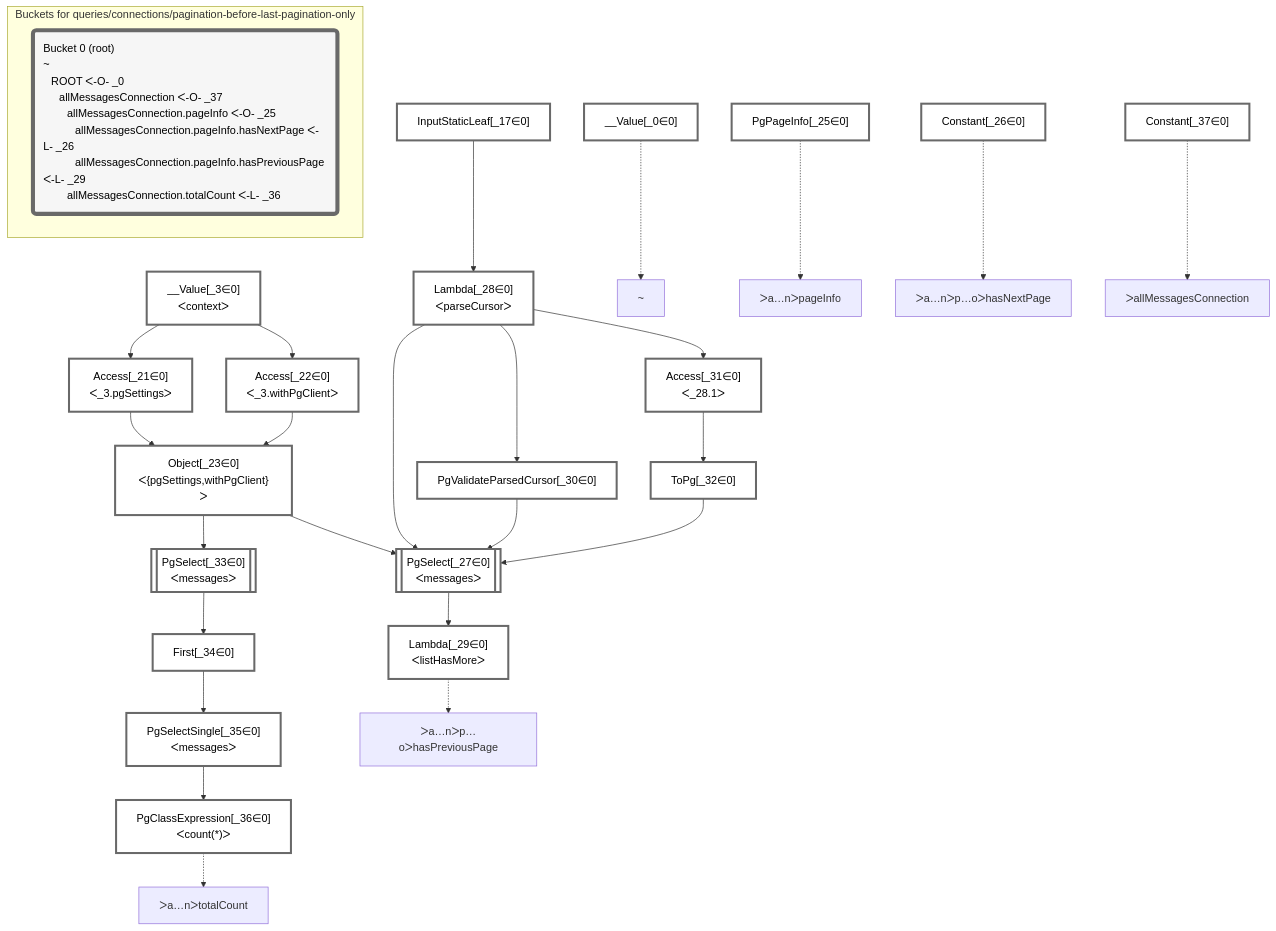
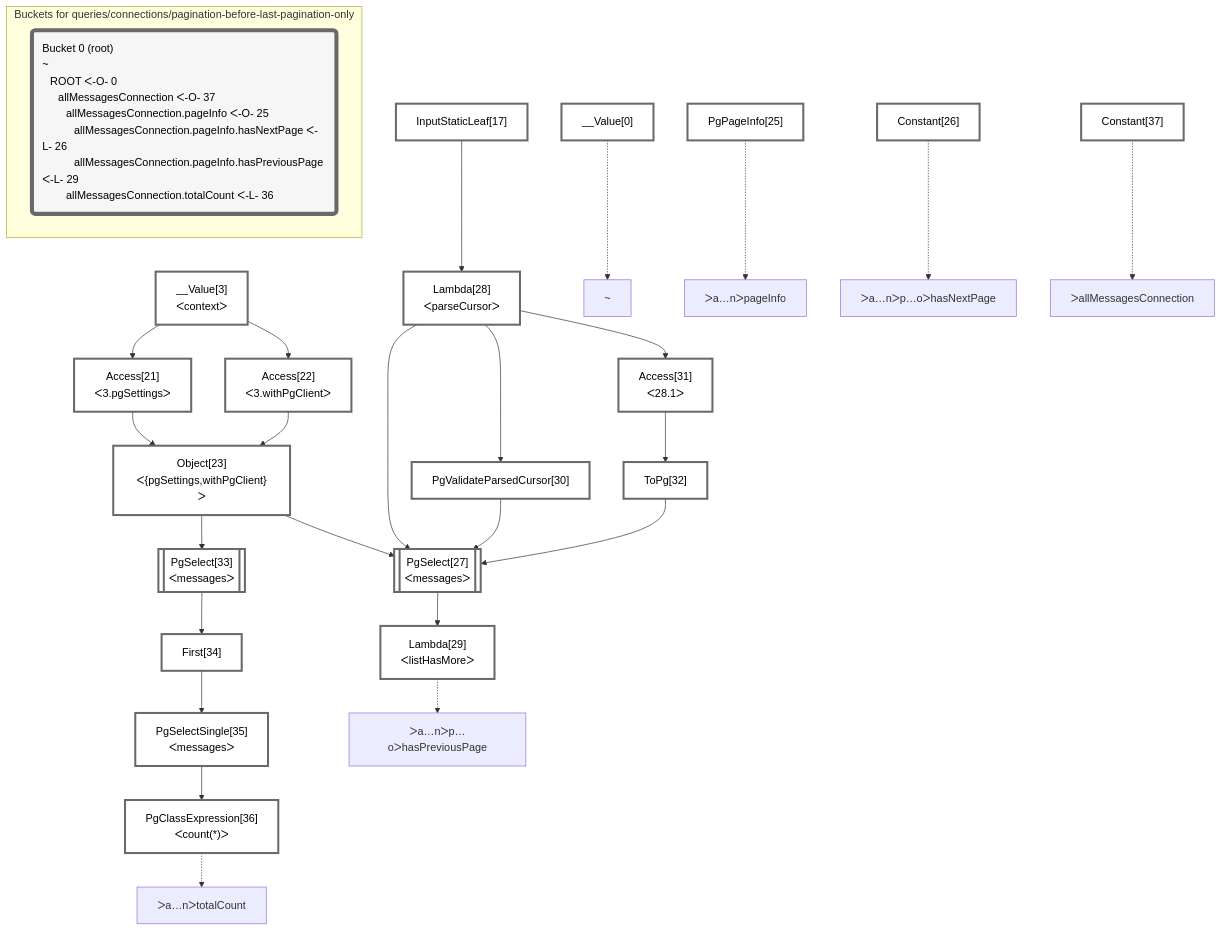
Before and after one commit to graphile/crystal: the diagram in packages/dataplan-pg/__tests__/queries/connections/pagination-before-last-pagination-only.mermaid.md, drawn with Mermaid. The commit also changed 195 other files, not shown here.

````diff
--- a/packages/dataplan-pg/__tests__/queries/connections/pagination-before-last-pagination-only.mermaid.md
+++ b/packages/dataplan-pg/__tests__/queries/connections/pagination-before-last-pagination-only.mermaid.md
@@ -1,65 +1,65 @@
 ```mermaid
 graph TD
     classDef path fill:#eee,stroke:#000,color:#000
     classDef plan fill:#fff,stroke-width:3px,color:#000
     classDef itemplan fill:#fff,stroke-width:6px,color:#000
     classDef sideeffectplan fill:#f00,stroke-width:6px,color:#000
     classDef bucket fill:#f6f6f6,color:#000,stroke-width:6px,text-align:left
 
 
     %% define plans
-    __Value_0["__Value[_0∈0]"]:::plan
-    Lambda_29["Lambda[_29∈0]<br />ᐸlistHasMoreᐳ"]:::plan
-    PgSelect_27[["PgSelect[_27∈0]<br />ᐸmessagesᐳ"]]:::plan
-    PgClassExpression_36["PgClassExpression[_36∈0]<br />ᐸcount(*)ᐳ"]:::plan
-    PgSelectSingle_35["PgSelectSingle[_35∈0]<br />ᐸmessagesᐳ"]:::plan
-    First_34["First[_34∈0]"]:::plan
-    PgSelect_33[["PgSelect[_33∈0]<br />ᐸmessagesᐳ"]]:::plan
-    Object_23["Object[_23∈0]<br />ᐸ{pgSettings,withPgClient}ᐳ"]:::plan
-    Access_21["Access[_21∈0]<br />ᐸ_3.pgSettingsᐳ"]:::plan
-    Access_22["Access[_22∈0]<br />ᐸ_3.withPgClientᐳ"]:::plan
-    __Value_3["__Value[_3∈0]<br />ᐸcontextᐳ"]:::plan
-    PgValidateParsedCursor_30["PgValidateParsedCursor[_30∈0]"]:::plan
-    ToPg_32["ToPg[_32∈0]"]:::plan
-    Access_31["Access[_31∈0]<br />ᐸ_28.1ᐳ"]:::plan
-    Lambda_28["Lambda[_28∈0]<br />ᐸparseCursorᐳ"]:::plan
-    InputStaticLeaf_17["InputStaticLeaf[_17∈0]"]:::plan
-    Constant_37["Constant[_37∈0]"]:::plan
-    PgPageInfo_25["PgPageInfo[_25∈0]"]:::plan
-    Constant_26["Constant[_26∈0]"]:::plan
+    __Value0["__Value[0]"]:::plan
+    Lambda29["Lambda[29]<br />ᐸlistHasMoreᐳ"]:::plan
+    PgSelect27[["PgSelect[27]<br />ᐸmessagesᐳ"]]:::plan
+    PgClassExpression36["PgClassExpression[36]<br />ᐸcount(*)ᐳ"]:::plan
+    PgSelectSingle35["PgSelectSingle[35]<br />ᐸmessagesᐳ"]:::plan
+    First34["First[34]"]:::plan
+    PgSelect33[["PgSelect[33]<br />ᐸmessagesᐳ"]]:::plan
+    Object23["Object[23]<br />ᐸ{pgSettings,withPgClient}ᐳ"]:::plan
+    Access21["Access[21]<br />ᐸ3.pgSettingsᐳ"]:::plan
+    Access22["Access[22]<br />ᐸ3.withPgClientᐳ"]:::plan
+    __Value3["__Value[3]<br />ᐸcontextᐳ"]:::plan
+    PgValidateParsedCursor30["PgValidateParsedCursor[30]"]:::plan
+    ToPg32["ToPg[32]"]:::plan
+    Access31["Access[31]<br />ᐸ28.1ᐳ"]:::plan
+    Lambda28["Lambda[28]<br />ᐸparseCursorᐳ"]:::plan
+    InputStaticLeaf17["InputStaticLeaf[17]"]:::plan
+    Constant37["Constant[37]"]:::plan
+    PgPageInfo25["PgPageInfo[25]"]:::plan
+    Constant26["Constant[26]"]:::plan
 
     %% plan dependencies
-    PgSelect_27 --> Lambda_29
-    Object_23 & Lambda_28 & PgValidateParsedCursor_30 & ToPg_32 --> PgSelect_27
-    PgSelectSingle_35 --> PgClassExpression_36
-    First_34 --> PgSelectSingle_35
-    PgSelect_33 --> First_34
-    Object_23 --> PgSelect_33
-    Access_21 & Access_22 --> Object_23
-    __Value_3 --> Access_21
-    __Value_3 --> Access_22
-    Lambda_28 --> PgValidateParsedCursor_30
-    Access_31 --> ToPg_32
-    Lambda_28 --> Access_31
-    InputStaticLeaf_17 --> Lambda_28
+    PgSelect27 --> Lambda29
+    Object23 & Lambda28 & PgValidateParsedCursor30 & ToPg32 --> PgSelect27
+    PgSelectSingle35 --> PgClassExpression36
+    First34 --> PgSelectSingle35
+    PgSelect33 --> First34
+    Object23 --> PgSelect33
+    Access21 & Access22 --> Object23
+    __Value3 --> Access21
+    __Value3 --> Access22
+    Lambda28 --> PgValidateParsedCursor30
+    Access31 --> ToPg32
+    Lambda28 --> Access31
+    InputStaticLeaf17 --> Lambda28
 
     %% plan-to-path relationships
-    P_0["~"]
-    __Value_0 -.-> P_0
-    P_25["ᐳa…nᐳpageInfo"]
-    PgPageInfo_25 -.-> P_25
-    P_26["ᐳa…nᐳp…oᐳhasNextPage"]
-    Constant_26 -.-> P_26
-    P_29["ᐳa…nᐳp…oᐳhasPreviousPage"]
-    Lambda_29 -.-> P_29
-    P_36["ᐳa…nᐳtotalCount"]
-    PgClassExpression_36 -.-> P_36
-    P_37["ᐳallMessagesConnection"]
-    Constant_37 -.-> P_37
+    P0["~"]
+    __Value0 -.-> P0
+    P25["ᐳa…nᐳpageInfo"]
+    PgPageInfo25 -.-> P25
+    P26["ᐳa…nᐳp…oᐳhasNextPage"]
+    Constant26 -.-> P26
+    P29["ᐳa…nᐳp…oᐳhasPreviousPage"]
+    Lambda29 -.-> P29
+    P36["ᐳa…nᐳtotalCount"]
+    PgClassExpression36 -.-> P36
+    P37["ᐳallMessagesConnection"]
+    Constant37 -.-> P37
 
     subgraph "Buckets for queries/connections/pagination-before-last-pagination-only"
-    Bucket0("Bucket 0 (root)<br />~<br />⠀ROOT ᐸ-O- _0<br />⠀⠀allMessagesConnection ᐸ-O- _37<br />⠀⠀⠀allMessagesConnection.pageInfo ᐸ-O- _25<br />⠀⠀⠀⠀allMessagesConnection.pageInfo.hasNextPage ᐸ-L- _26<br />⠀⠀⠀⠀allMessagesConnection.pageInfo.hasPreviousPage ᐸ-L- _29<br />⠀⠀⠀allMessagesConnection.totalCount ᐸ-L- _36"):::bucket
+    Bucket0("Bucket 0 (root)<br />~<br />⠀ROOT ᐸ-O- 0<br />⠀⠀allMessagesConnection ᐸ-O- 37<br />⠀⠀⠀allMessagesConnection.pageInfo ᐸ-O- 25<br />⠀⠀⠀⠀allMessagesConnection.pageInfo.hasNextPage ᐸ-L- 26<br />⠀⠀⠀⠀allMessagesConnection.pageInfo.hasPreviousPage ᐸ-L- 29<br />⠀⠀⠀allMessagesConnection.totalCount ᐸ-L- 36"):::bucket
     classDef bucket0 stroke:#696969
-    class Bucket0,__Value_0,__Value_3,InputStaticLeaf_17,Access_21,Access_22,Object_23,PgPageInfo_25,Constant_26,PgSelect_27,Lambda_28,Lambda_29,PgValidateParsedCursor_30,Access_31,ToPg_32,PgSelect_33,First_34,PgSelectSingle_35,PgClassExpression_36,Constant_37 bucket0
+    class Bucket0,__Value0,__Value3,InputStaticLeaf17,Access21,Access22,Object23,PgPageInfo25,Constant26,PgSelect27,Lambda28,Lambda29,PgValidateParsedCursor30,Access31,ToPg32,PgSelect33,First34,PgSelectSingle35,PgClassExpression36,Constant37 bucket0
     end
 ```
````
